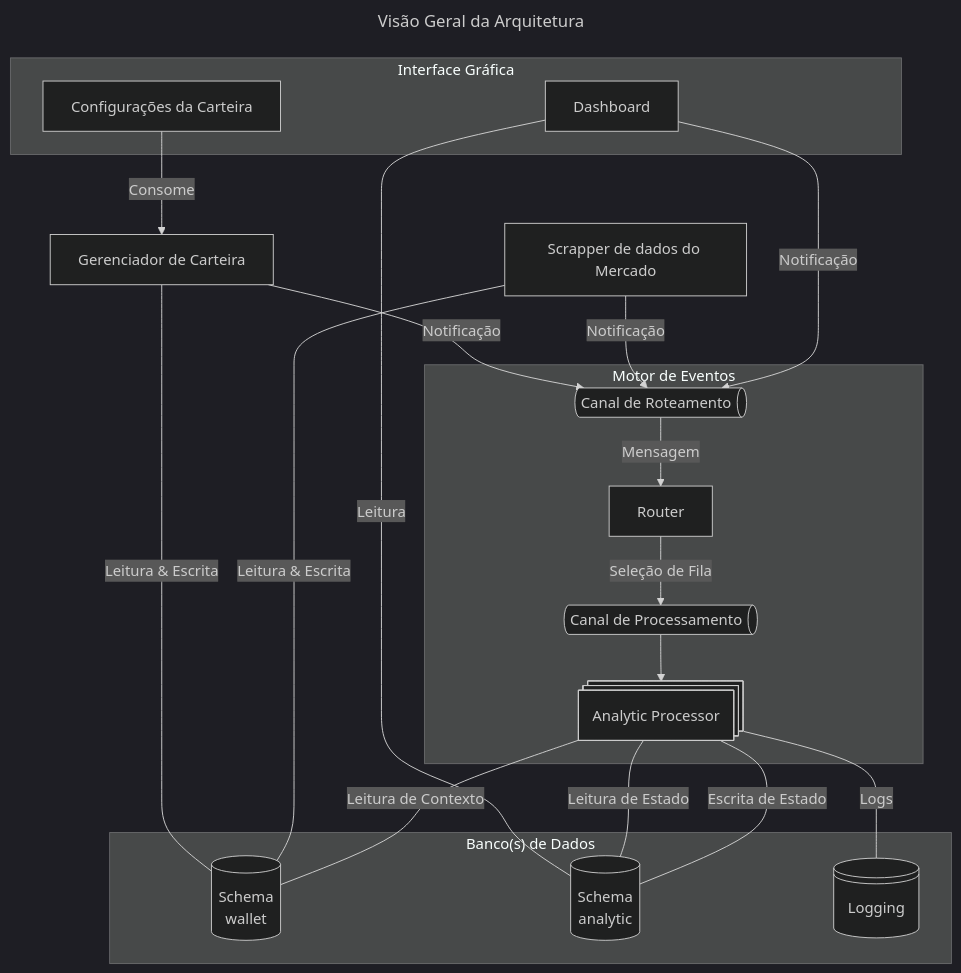
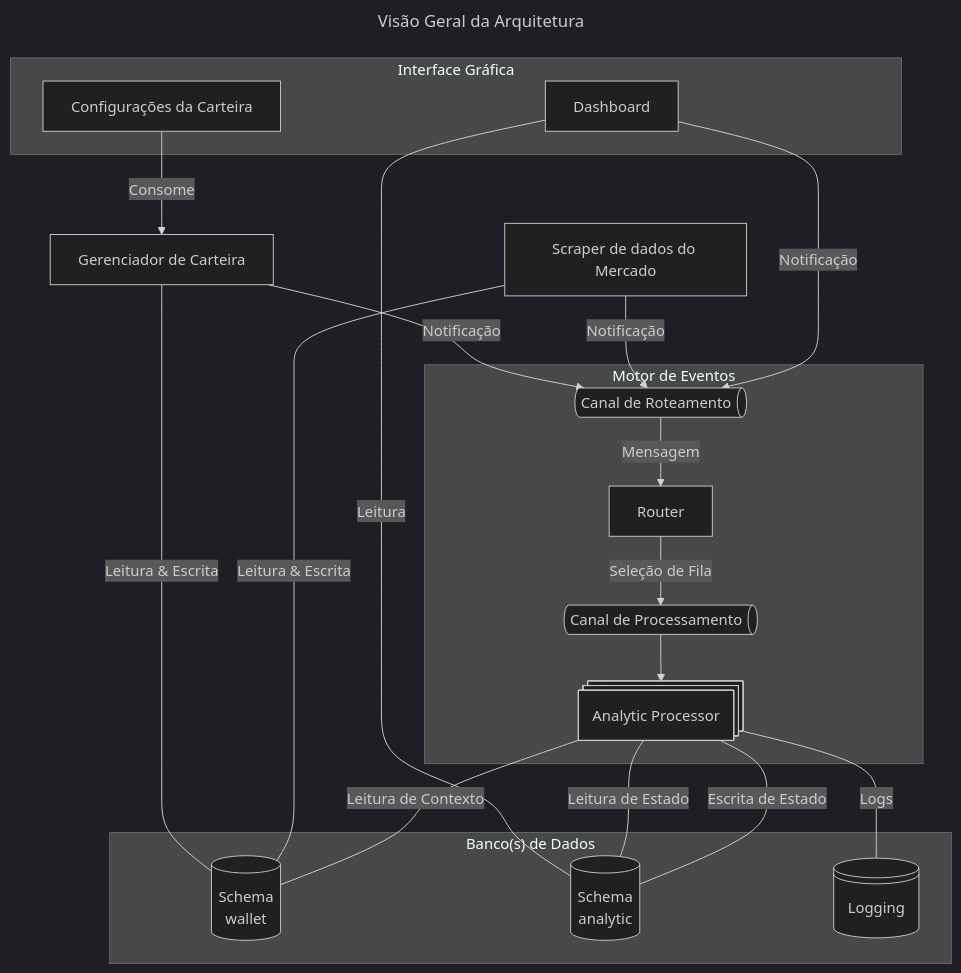
The diagram in docs/architecture.md (moesio-f/invest-earnings-dashboard), drawn with Mermaid (dark theme) before and after one commit. The commit also changed 13 other files, not shown here.

First line of the commit message:
fix: typo scrapper -> scraper

````diff
--- a/docs/architecture.md
+++ b/docs/architecture.md
@@ -72,41 +72,41 @@
 ```mermaid
 ---
 title: Visão Geral da Arquitetura
 ---
 flowchart TD
     subgraph "Banco(s) de Dados"
         wallet_db[("<p>Schema</p>wallet")]
         analytic_db[("<p>Schema</p>analytic")]
         logging_db@{shape: lin-cyl, label: "Logging"}
     end
     wallet_api[Gerenciador de Carteira]
-    market_scrapper[Scrapper de dados do Mercado]
+    market_scraper[Scraper de dados do Mercado]
 
     subgraph Interface Gráfica
         dashboard[Dashboard]
         settings_ui[Configurações da Carteira]
     end
 
     subgraph Motor de Eventos
         router_channel@{shape: das, label: "Canal de Roteamento"}
         processor_channel@{shape: das, label: "Canal de Processamento"}
         router[Router]
         processor@{shape: procs, label: "Analytic Processor"}
 
         router_channel -->|Mensagem| router
         router -->|Seleção de Fila| processor_channel
         processor_channel --> processor
     end
 
     settings_ui -->|Consome| wallet_api
     wallet_api ---|Leitura & Escrita| wallet_db
-    market_scrapper ---|Leitura & Escrita| wallet_db
+    market_scraper ---|Leitura & Escrita| wallet_db
     wallet_api -->|Notificação| router_channel
-    market_scrapper -->|Notificação| router_channel
+    market_scraper -->|Notificação| router_channel
     dashboard -->|Notificação| router_channel
     dashboard ---|Leitura| analytic_db
     processor ---|Leitura de Contexto| wallet_db
     processor ---|Logs| logging_db
     processor ---|Leitura de Estado| analytic_db
     processor ---|Escrita de Estado| analytic_db
 ```
````
